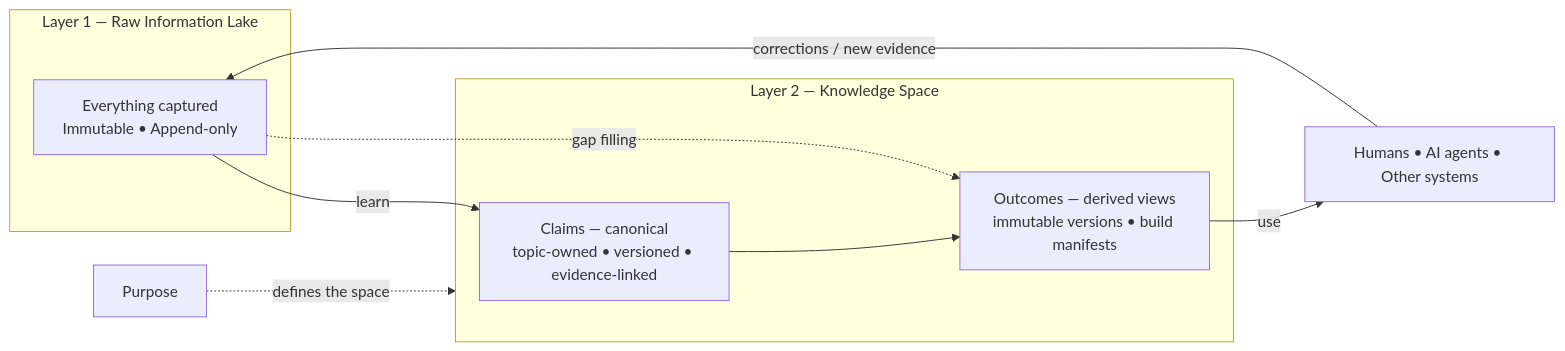
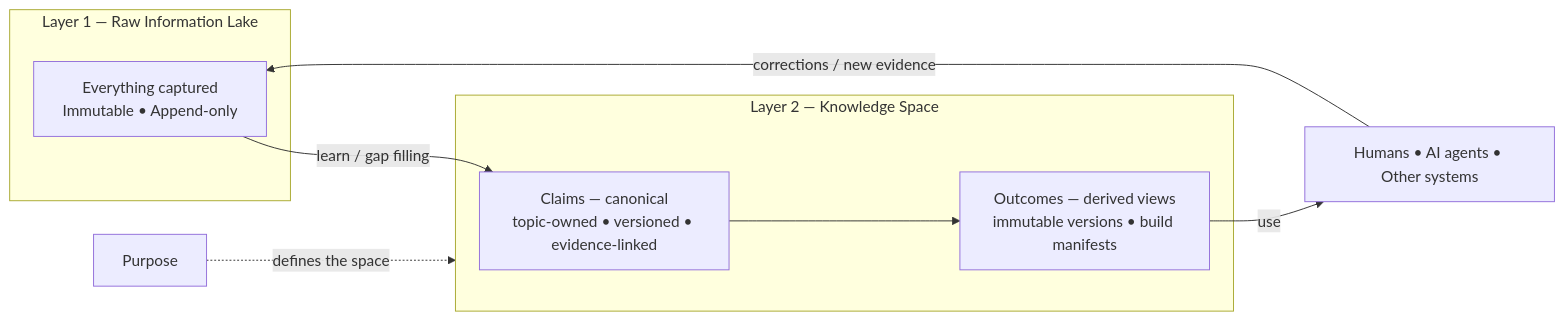
Before and after one commit to FeiniaoWang/kb: the diagram in docs/purpose-driven-personal-ai-product-vision.md, drawn with Mermaid. The commit also changed other lines of this file, not shown here.

````diff
--- a/docs/purpose-driven-personal-ai-product-vision.md
+++ b/docs/purpose-driven-personal-ai-product-vision.md
@@ -315,21 +358,20 @@
 ```mermaid
 flowchart LR
     subgraph L1["Layer 1 — Raw Information Lake"]
         R["Everything captured<br/>Immutable • Append-only"]
     end
 
     subgraph L2["Layer 2 — Knowledge Space"]
         CL["Claims — canonical<br/>topic-owned • versioned • evidence-linked"]
         OU["Outcomes — derived views<br/>immutable versions • build manifests"]
         CL --> OU
     end
 
     C["Humans • AI agents • Other systems"]
     P["Purpose"]
 
-    R -->|"learn"| CL
-    R -.->|"gap filling"| OU
+    R -->|"learn / gap filling"| CL
     OU -->|"use"| C
     C -->|"corrections / new evidence"| R
     P -.->|"defines the space"| L2
 ```
````
